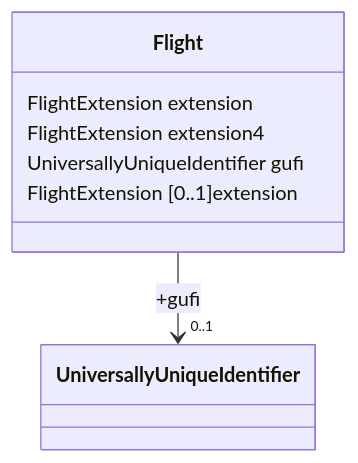
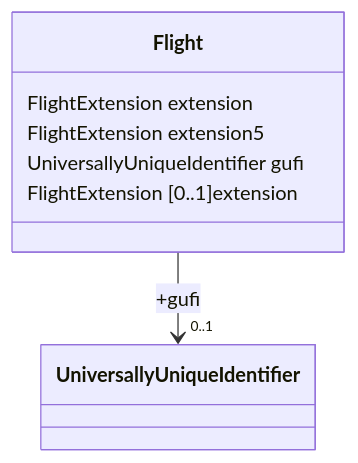
Before and after one commit to du-lapin/test_docsify: the first of 2 diagrams in docs/fixm/FIXM_UML_in_mermaid.md, drawn with Mermaid. The commit also changed other lines of this file, not shown here.

````diff
--- a/docs/fixm/FIXM_UML_in_mermaid.md
+++ b/docs/fixm/FIXM_UML_in_mermaid.md
@@ -4,10 +4,10 @@
 ```mermaid
 classDiagram
 class Flight{
 FlightExtension extension
-FlightExtension extension4
+FlightExtension extension5
 UniversallyUniqueIdentifier gufi
 }
 Flight : FlightExtension [0..1]extension
 Flight --> "0..1"  UniversallyUniqueIdentifier : +gufi
 ```
````
